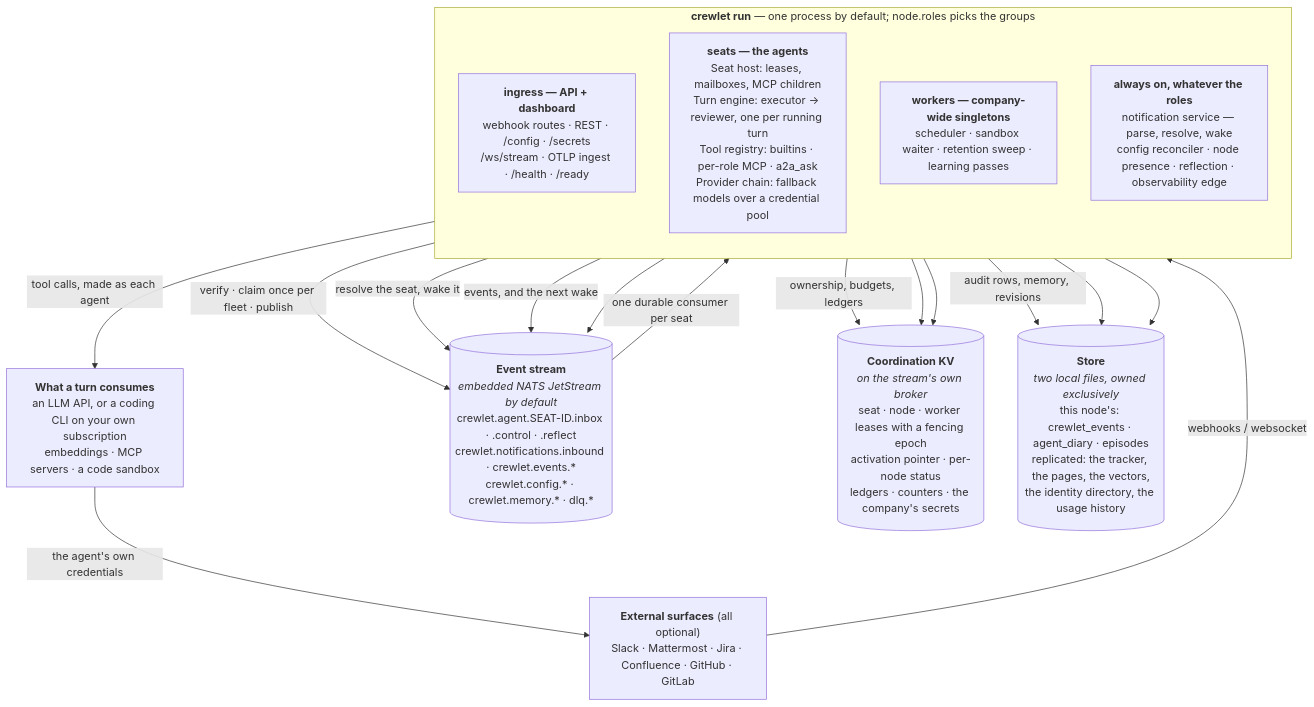
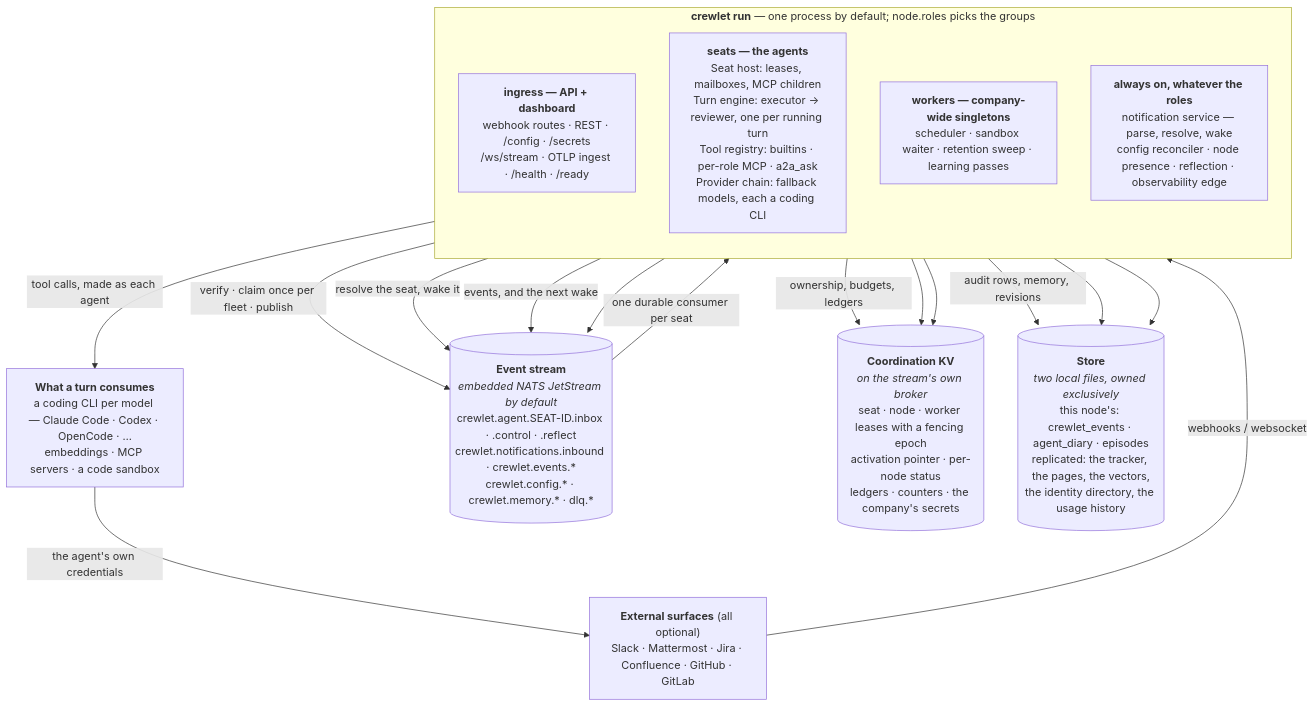
One commit to crewlet/crewlet changed the diagram in docs/concepts/overview.md. Above: the diagram before and after it, drawn with Mermaid. The commit also changed other lines of this file and 601 other files, not shown here.

````diff
--- a/docs/concepts/overview.md
+++ b/docs/concepts/overview.md
@@ -56,32 +56,32 @@
 ```mermaid
 flowchart TB
     EXT["<b>External surfaces</b> (all optional)<br/>Slack · Mattermost · Jira · Confluence · GitHub · GitLab"]
-    SUPPLY["<b>What a turn consumes</b><br/>an LLM API, or a coding CLI on your own subscription<br/>embeddings · MCP servers · a code sandbox"]
+    SUPPLY["<b>What a turn consumes</b><br/>a coding CLI per model — Claude Code · Codex · OpenCode · …<br/>embeddings · MCP servers · a code sandbox"]
 
     subgraph proc["<b>crewlet run</b> — one process by default; node.roles picks the groups"]
         direction TB
         API["<b>ingress — API + dashboard</b><br/>webhook routes · REST · /config · /secrets<br/>/ws/stream · OTLP ingest · /health · /ready"]
-        SEAT["<b>seats — the agents</b><br/>Seat host: leases, mailboxes, MCP children<br/>Turn engine: executor → reviewer, one per running turn<br/>Tool registry: builtins · per-role MCP · a2a_ask<br/>Provider chain: fallback models over a credential pool"]
+        SEAT["<b>seats — the agents</b><br/>Seat host: leases, mailboxes, MCP children<br/>Turn engine: executor → reviewer, one per running turn<br/>Tool registry: builtins · per-role MCP · a2a_ask<br/>Provider chain: fallback models, each a coding CLI"]
         DUTY["<b>workers — company-wide singletons</b><br/>scheduler · sandbox waiter · retention sweep · learning passes"]
         CORE["<b>always on, whatever the roles</b><br/>notification service — parse, resolve, wake<br/>config reconciler · node presence · reflection · observability edge"]
     end
 
     STREAM[("<b>Event stream</b><br/><i>embedded NATS JetStream by default</i><br/>crewlet.agent.SEAT-ID.inbox · .control · .reflect<br/>crewlet.notifications.inbound · crewlet.events.*<br/>crewlet.config.* · crewlet.memory.* · dlq.*")]
     KV[("<b>Coordination KV</b><br/><i>on the stream's own broker</i><br/>seat · node · worker leases with a fencing epoch<br/>activation pointer · per-node status<br/>ledgers · counters · the company's secrets")]
     DB[("<b>Store</b><br/><i>two local files, owned exclusively</i><br/>this node's: crewlet_events · agent_diary · episodes<br/>replicated: the tracker, the pages, the vectors,<br/>the identity directory, the usage history")]
 
     EXT -->|"webhooks / websocket"| API
     API -->|"verify · claim once per fleet · publish"| STREAM
     CORE -->|"resolve the seat, wake it"| STREAM
     STREAM -->|"one durable consumer per seat"| SEAT
     SEAT -->|"tool calls, made as each agent"| SUPPLY
     SUPPLY -->|"the agent's own credentials"| EXT
     SEAT -->|"events, and the next wake"| STREAM
     DUTY --> STREAM
     SEAT -->|"ownership, budgets, ledgers"| KV
     CORE --> KV
     DUTY --> KV
     SEAT -->|"audit rows, memory, revisions"| DB
     CORE --> DB
     API --> DB
 ```
````
